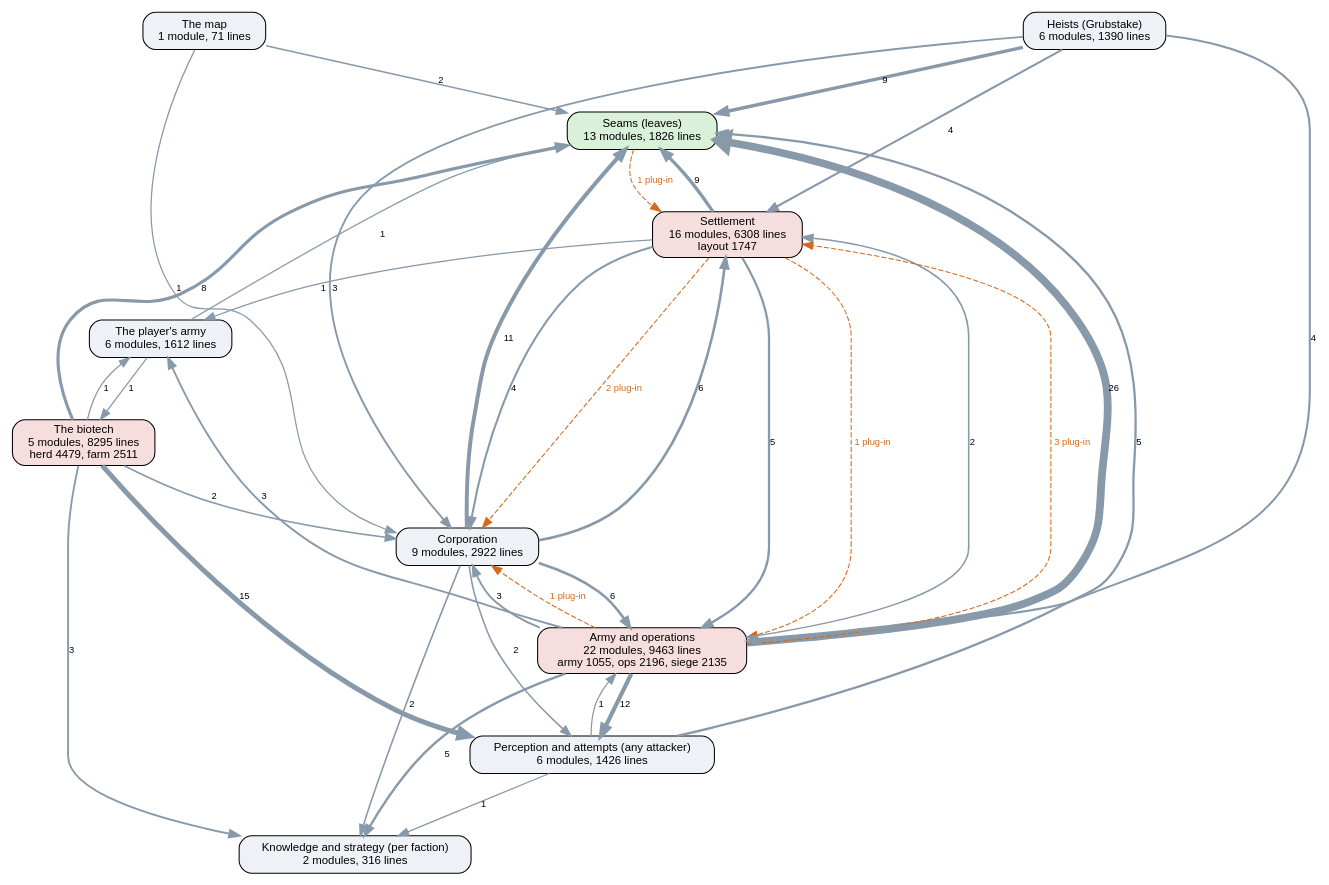
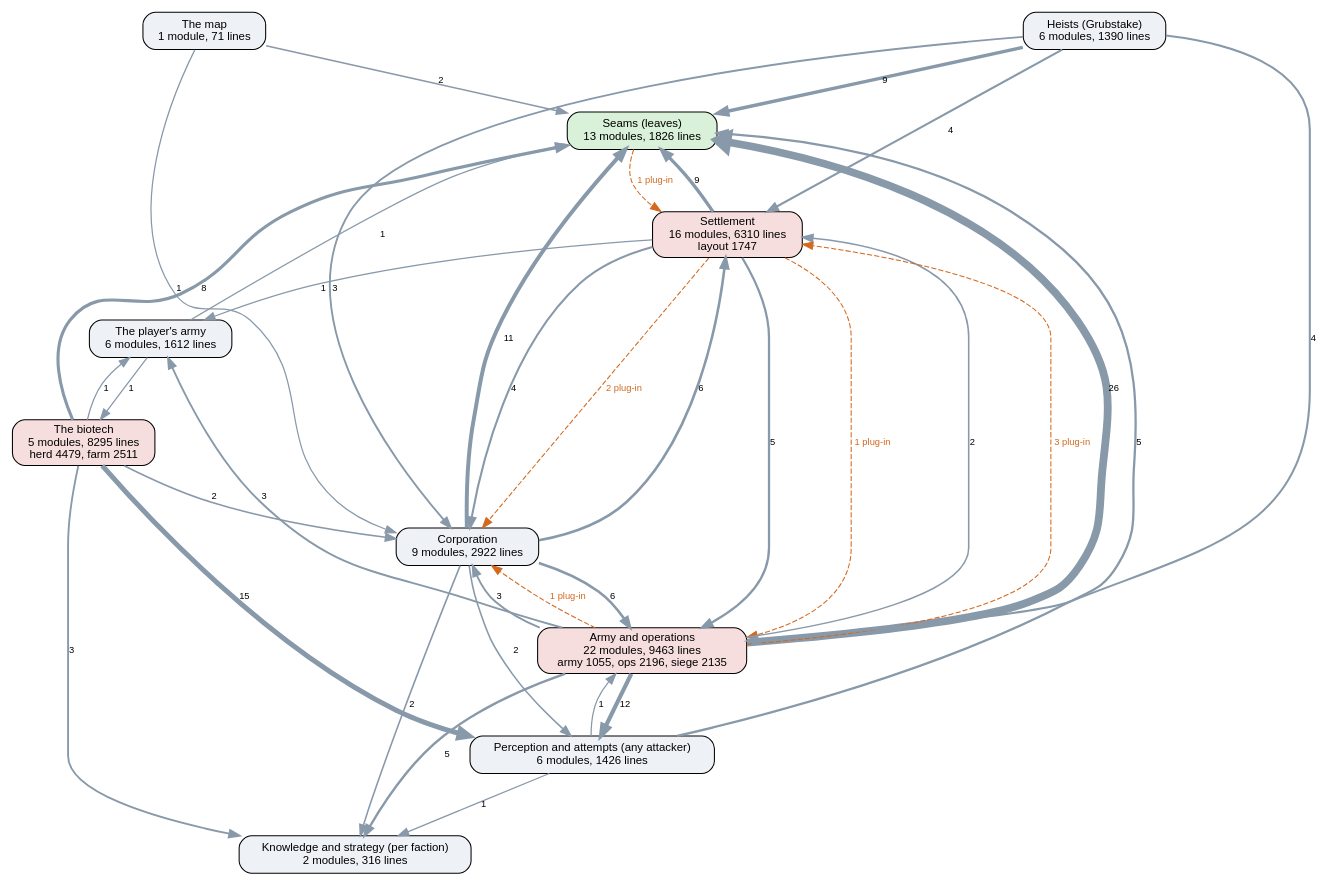
Before and after one commit to kinelhu/landing-party: the diagram in docs/ai-layers.dot, drawn with Graphviz. The commit also changed 11 other files, not shown here.

```diff
--- a/docs/ai-layers.dot
+++ b/docs/ai-layers.dot
@@ -1,51 +1,51 @@
 digraph layers {
   graph [rankdir=TB, fontname="Helvetica", nodesep=0.5, ranksep=0.7];
   node [shape=box, style="rounded,filled", fontname="Helvetica", fontsize=11, fillcolor="#eef2f7"];
   edge [color="#8899aa", fontname="Helvetica", fontsize=9];
   "Seams (leaves)" [label="Seams (leaves)\n13 modules, 1826 lines", fillcolor="#d9f0d9"];
   "Perception and attempts (any attacker)" [label="Perception and attempts (any attacker)\n6 modules, 1426 lines", fillcolor="#eef2f7"];
   "Knowledge and strategy (per faction)" [label="Knowledge and strategy (per faction)\n2 modules, 316 lines", fillcolor="#eef2f7"];
   "Corporation" [label="Corporation\n9 modules, 2922 lines", fillcolor="#eef2f7"];
-  "Settlement" [label="Settlement\n16 modules, 6308 lines\nlayout 1747", fillcolor="#f7dede"];
+  "Settlement" [label="Settlement\n16 modules, 6310 lines\nlayout 1747", fillcolor="#f7dede"];
   "Army and operations" [label="Army and operations\n22 modules, 9463 lines\narmy 1055, ops 2196, siege 2135", fillcolor="#f7dede"];
   "Heists (Grubstake)" [label="Heists (Grubstake)\n6 modules, 1390 lines", fillcolor="#eef2f7"];
   "The biotech" [label="The biotech\n5 modules, 8295 lines\nherd 4479, farm 2511", fillcolor="#f7dede"];
   "The map" [label="The map\n1 module, 71 lines", fillcolor="#eef2f7"];
   "The player's army" [label="The player's army\n6 modules, 1612 lines", fillcolor="#eef2f7"];
   "Army and operations" -> "Corporation" [label="3", penwidth=1.8];
   "Army and operations" -> "Knowledge and strategy (per faction)" [label="5", penwidth=2.2];
   "Army and operations" -> "Perception and attempts (any attacker)" [label="12", penwidth=4.0];
   "Army and operations" -> "Seams (leaves)" [label="26", penwidth=7.5];
   "Army and operations" -> "Settlement" [label="2", penwidth=1.5];
   "Army and operations" -> "The player's army" [label="3", penwidth=1.8];
   "Corporation" -> "Army and operations" [label="6", penwidth=2.5];
   "Corporation" -> "Knowledge and strategy (per faction)" [label="2", penwidth=1.5];
   "Corporation" -> "Perception and attempts (any attacker)" [label="2", penwidth=1.5];
   "Corporation" -> "Seams (leaves)" [label="11", penwidth=3.8];
   "Corporation" -> "Settlement" [label="6", penwidth=2.5];
   "Heists (Grubstake)" -> "Army and operations" [label="4", penwidth=2.0];
   "Heists (Grubstake)" -> "Corporation" [label="3", penwidth=1.8];
   "Heists (Grubstake)" -> "Seams (leaves)" [label="9", penwidth=3.2];
   "Heists (Grubstake)" -> "Settlement" [label="4", penwidth=2.0];
   "Perception and attempts (any attacker)" -> "Army and operations" [label="1", penwidth=1.2];
   "Perception and attempts (any attacker)" -> "Knowledge and strategy (per faction)" [label="1", penwidth=1.2];
   "Perception and attempts (any attacker)" -> "Seams (leaves)" [label="5", penwidth=2.2];
   "Settlement" -> "Army and operations" [label="5", penwidth=2.2];
   "Settlement" -> "Corporation" [label="4", penwidth=2.0];
   "Settlement" -> "Seams (leaves)" [label="9", penwidth=3.2];
   "Settlement" -> "The player's army" [label="1", penwidth=1.2];
   "The biotech" -> "Corporation" [label="2", penwidth=1.5];
   "The biotech" -> "Knowledge and strategy (per faction)" [label="3", penwidth=1.8];
   "The biotech" -> "Perception and attempts (any attacker)" [label="15", penwidth=4.8];
   "The biotech" -> "Seams (leaves)" [label="8", penwidth=3.0];
   "The biotech" -> "The player's army" [label="1", penwidth=1.2];
   "The map" -> "Corporation" [label="1", penwidth=1.2];
   "The map" -> "Seams (leaves)" [label="2", penwidth=1.5];
   "The player's army" -> "Seams (leaves)" [label="1", penwidth=1.2];
   "The player's army" -> "The biotech" [label="1", penwidth=1.2];
   "Army and operations" -> "Corporation" [style=dashed, color="#d2691e", fontcolor="#d2691e", label="1 plug-in"];
   "Army and operations" -> "Settlement" [style=dashed, color="#d2691e", fontcolor="#d2691e", label="3 plug-in"];
   "Seams (leaves)" -> "Settlement" [style=dashed, color="#d2691e", fontcolor="#d2691e", label="1 plug-in"];
   "Settlement" -> "Army and operations" [style=dashed, color="#d2691e", fontcolor="#d2691e", label="1 plug-in"];
   "Settlement" -> "Corporation" [style=dashed, color="#d2691e", fontcolor="#d2691e", label="2 plug-in"];
 }
```
